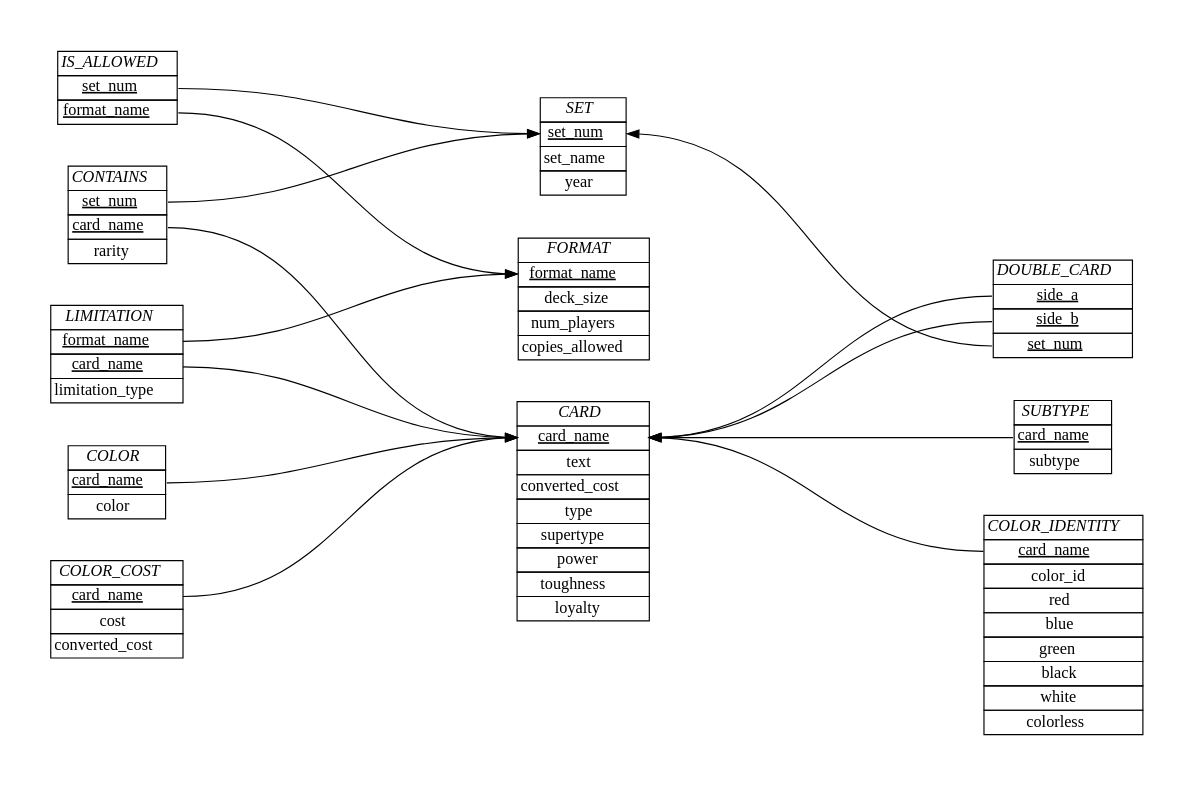
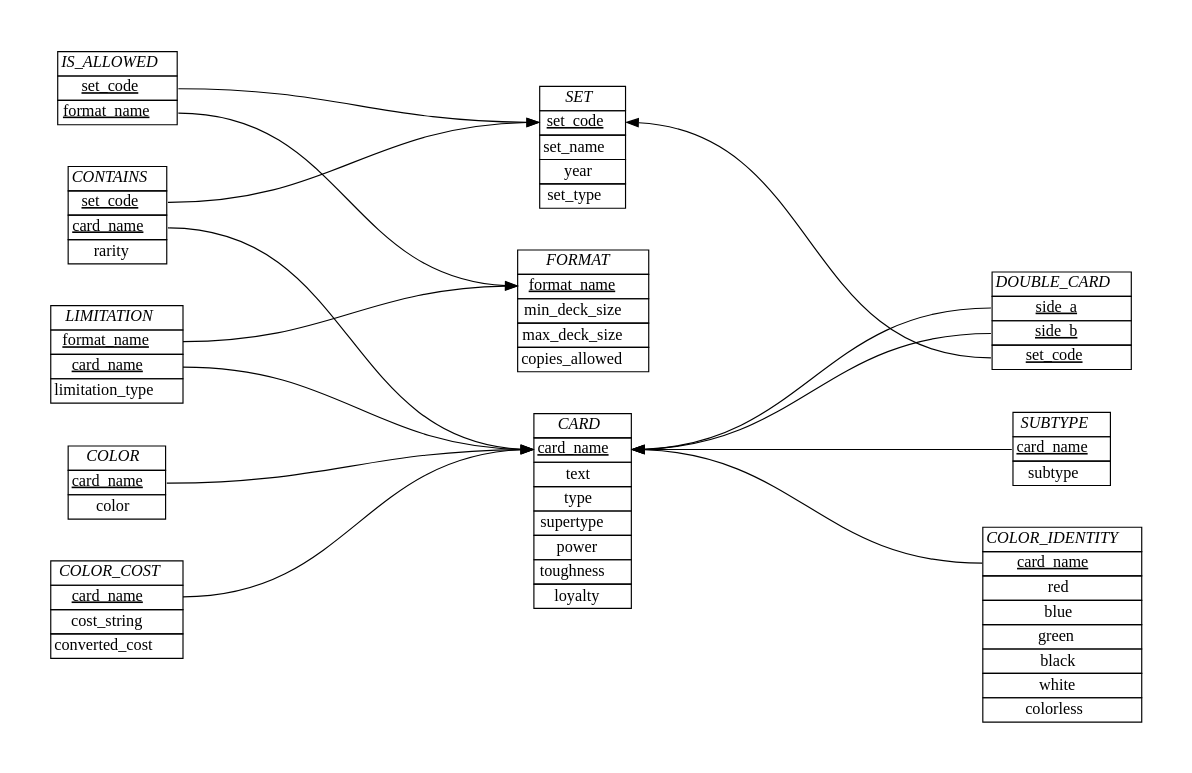
One commit to akilmarshall/trumark changed the diagram in schema/ER_diagram.dot. Above: the diagram before and after it, drawn with Graphviz. The commit also changed 6 other files, not shown here.

Commit message:
major overhaul of the documentation and corrected errors in the schema diagram

```diff
--- a/schema/ER_diagram.dot
+++ b/schema/ER_diagram.dot
@@ -1,124 +1,123 @@
 digraph {
     graph [splines=true, pad="0.5", nodesep="0.5", ranksep="4"];
     node [shape=plain];
     rankdir=LR; 
 
     Format [label=<
         <table border="0" cellborder="1" cellspacing="0">
         <tr><td><i>FORMAT</i></td></tr>
         <tr><td port="1"><u>format_name</u></td></tr>
-        <tr><td port="2">deck_size</td></tr>
-        <tr><td port="3">num_players</td></tr>
+        <tr><td port="2">min_deck_size</td></tr>
+        <tr><td port="3">max_deck_size</td></tr>
         <tr><td port="4">copies_allowed</td></tr>
         </table>>];
 
     Set [label=<
         <table border="0" cellborder="1" cellspacing="0">
         <tr><td><i>SET</i></td></tr>
-        <tr><td port="1"><u><font color="black">set_num</font></u></td></tr>
-        <tr><td port="1"><font color="black">set_name</font></td></tr>
-        <tr><td port="2">year</td></tr>
+        <tr><td port="1"><u><font color="black">set_code</font></u></td></tr>
+        <tr><td port="2"><font color="black">set_name</font></td></tr>
+        <tr><td port="3">year</td></tr>
+        <tr><td port="4">set_type</td></tr>
         </table>>];
 
     Card [label=<
         <table border="0" cellborder="1" cellspacing="0">
         <tr><td><i>CARD</i></td></tr>
         <tr><td port="1"><u><font color="black">card_name</font></u></td></tr>
         <tr><td port="2">text</td></tr>
-        <tr><td port="3">converted_cost</td></tr>
         <tr><td port="4">type</td></tr>
         <tr><td port="5">supertype</td></tr>
         <tr><td port="6">power</td></tr>
         <tr><td port="7">toughness</td></tr>
         <tr><td port="8">loyalty</td></tr>
         </table>>];
 
     Contains [label=<
         <table border="0" cellborder="1" cellspacing="0">
         <tr><td><i>CONTAINS</i></td></tr>
-        <tr><td port="1"><u>set_num</u></td></tr>
+        <tr><td port="1"><u>set_code</u></td></tr>
         <tr><td port="2"><u>card_name</u></td></tr>
         <tr><td port="3">rarity</td></tr>
         </table>>];
 
     Is_allowed [label=<
         <table border="0" cellborder="1" cellspacing="0">
         <tr><td><i>IS_ALLOWED</i></td></tr>
-        <tr><td port="1"><u>set_num</u></td></tr>
+        <tr><td port="1"><u>set_code</u></td></tr>
         <tr><td port="2"><u>format_name</u></td></tr>
         </table>>];
 
     Double_card [label=<
         <table border="0" cellborder="1" cellspacing="0">
         <tr><td><i>DOUBLE_CARD</i></td></tr>
         <tr><td port="1"><u>side_a</u></td></tr>
         <tr><td port="2"><u>side_b</u></td></tr>
-        <tr><td port="3"><u>set_num</u></td></tr>
+        <tr><td port="3"><u>set_code</u></td></tr>
         </table>>];
 
     Limitation [label=< <table border="0" cellborder="1" cellspacing="0">
     <tr><td><i>LIMITATION</i></td></tr>
     <tr><td port="1"><u>format_name</u></td></tr>
     <tr><td port="2"><u>card_name</u></td></tr>
     <tr><td port="3">limitation_type</td></tr>
     </table>>];
 
     Subtype [label=<
         <table border="0" cellborder="1" cellspacing="0">
         <tr><td><i>SUBTYPE</i></td></tr>
         <tr><td port="1"><u>card_name</u></td></tr>
         <tr><td port="2">subtype</td></tr>
         </table>>];
 
     Color_identity [label=<
         <table border="0" cellborder="1" cellspacing="0">
         <tr><td><i>COLOR_IDENTITY</i></td></tr>
         <tr><td port="1"><u>card_name</u></td></tr>
-        <tr><td port="2">color_id</td></tr>
-        <tr><td port="3">red</td></tr>
-        <tr><td port="4">blue</td></tr>
-        <tr><td port="5">green</td></tr>
-        <tr><td port="6">black</td></tr>
-        <tr><td port="7">white</td></tr>
-        <tr><td port="8">colorless</td></tr>
+        <tr><td port="2">red</td></tr>
+        <tr><td port="3">blue</td></tr>
+        <tr><td port="4">green</td></tr>
+        <tr><td port="5">black</td></tr>
+        <tr><td port="6">white</td></tr>
+        <tr><td port="7">colorless</td></tr>
         </table>>];
 
     Color_cost [label=<
         <table border="0" cellborder="1" cellspacing="0">
         <tr><td><i>COLOR_COST</i></td></tr>
         <tr><td port="1"><u>card_name</u></td></tr>
-        <tr><td port="2">cost</td></tr>
+        <tr><td port="2">cost_string</td></tr>
         <tr><td port="9">converted_cost</td></tr>
         </table>>];
 
     Color [label=<
         <table border="0" cellborder="1" cellspacing="0">
         <tr><td><i>COLOR</i></td></tr>
         <tr><td port="1"><u>card_name</u></td></tr>
         <tr><td port="2">color</td></tr>
         </table>>];
 
     Is_allowed:1 -> Set:1 [color=black];
     Is_allowed:2 -> Format:1;
 
     Contains:1 -> Set:1 [color=black];
     Contains:2 -> Card:1;
 
     Limitation:1 -> Format:1;
     Limitation:2 -> Card:1;
 
     Color:1 -> Card:1;
 
     Color_cost:1 -> Card:1;
 
     edge [dir="back"];
 
     Card:1 -> Double_card:1;
     Card:1 -> Double_card:2;
     Set:1 -> Double_card:3;
 
 
     Card:1 -> Subtype:1 ;
 
     Card:1 -> Color_identity:1;
 }
```
